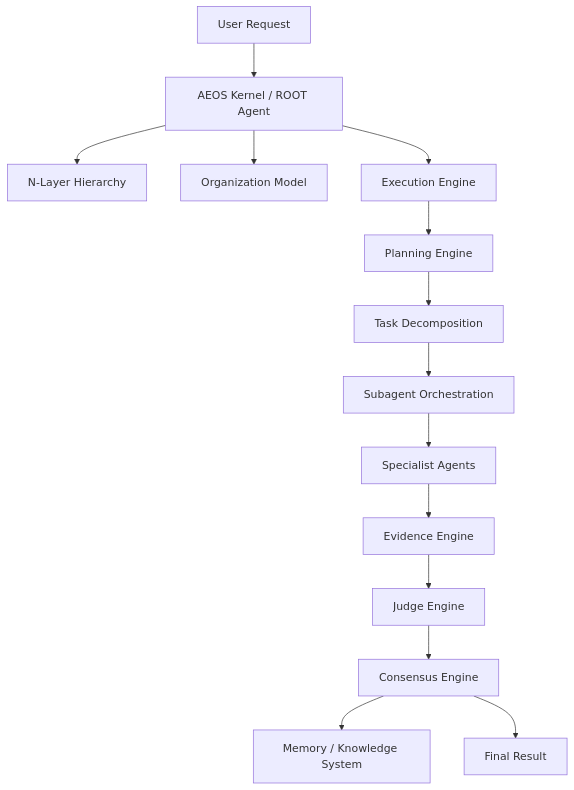
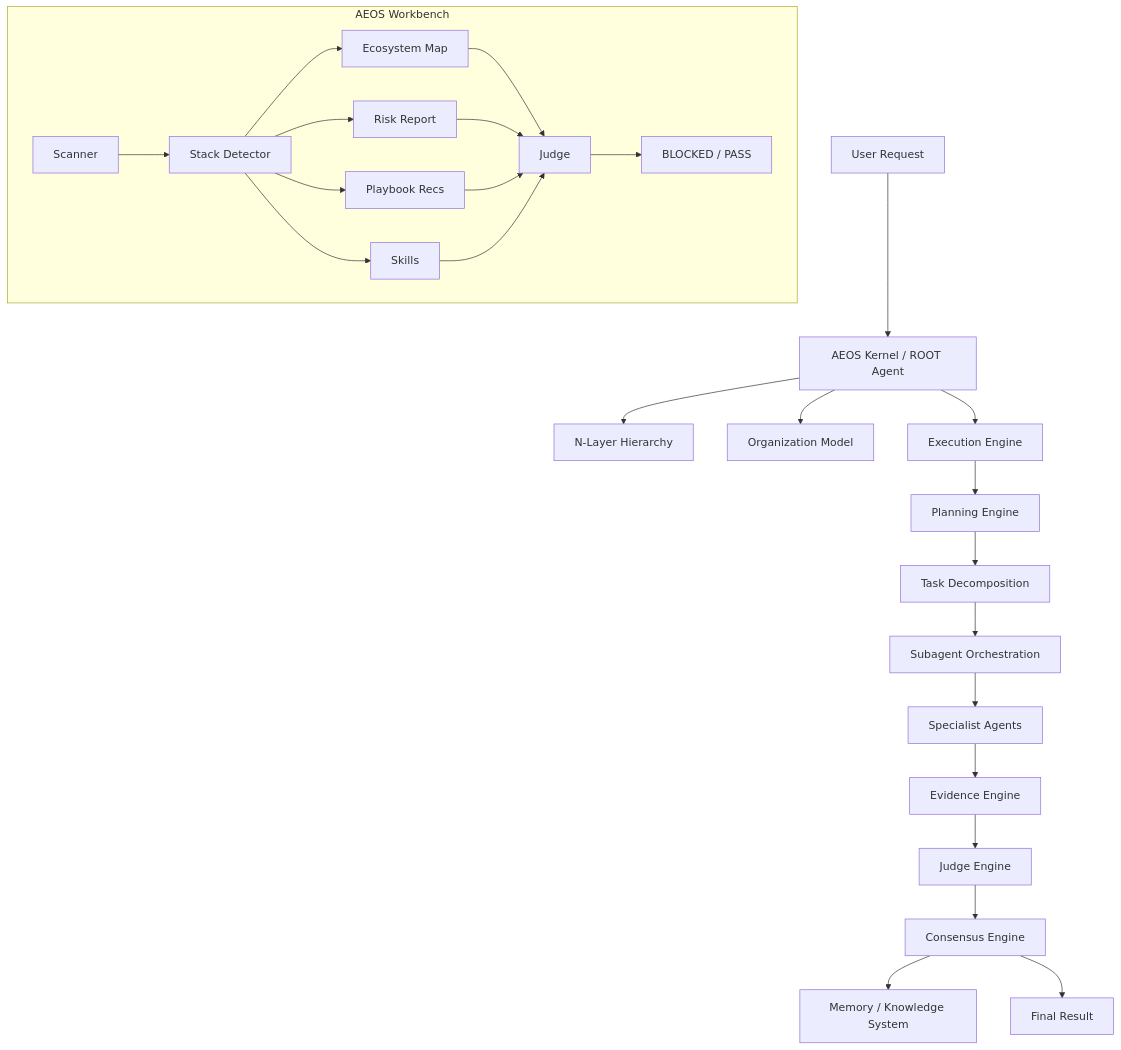
Before and after one commit to paulosantanna/ai-assistent-universal-coder: the diagram in README.md, drawn with Mermaid. The commit also changed other lines of this file and 116 other files, not shown here.

Commit message:
feat: add AEOS runtime, workbench, ecosystem config and initial setup

````diff
--- a/README.md
+++ b/README.md
@@ -13,16 +15,28 @@
 ```mermaid
 flowchart TD
     U[User Request] --> K[AEOS Kernel / ROOT Agent]
     K --> H[N-Layer Hierarchy]
     K --> O[Organization Model]
     K --> X[Execution Engine]
     X --> P[Planning Engine]
     P --> D[Task Decomposition]
     D --> S[Subagent Orchestration]
     S --> A[Specialist Agents]
     A --> E[Evidence Engine]
     E --> J[Judge Engine]
     J --> C[Consensus Engine]
     C --> M[Memory / Knowledge System]
     C --> R[Final Result]
+    subgraph WB[AEOS Workbench]
+        SC[Scanner] --> SD[Stack Detector]
+        SD --> EM[Ecosystem Map]
+        SD --> RR[Risk Report]
+        SD --> PB[Playbook Recs]
+        SD --> SK[Skills]
+        EM --> JG[Judge]
+        RR --> JG
+        PB --> JG
+        SK --> JG
+        JG --> BL[BLOCKED / PASS]
+    end
 ```
````
